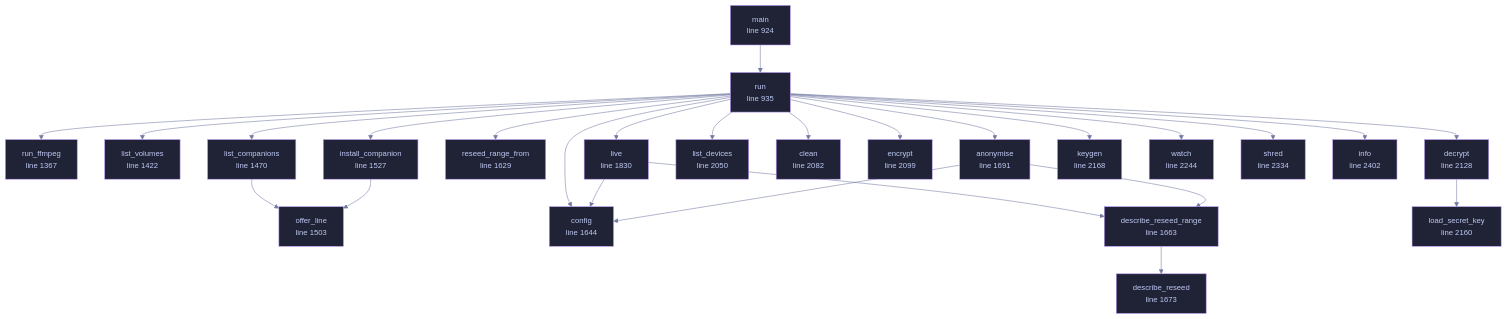
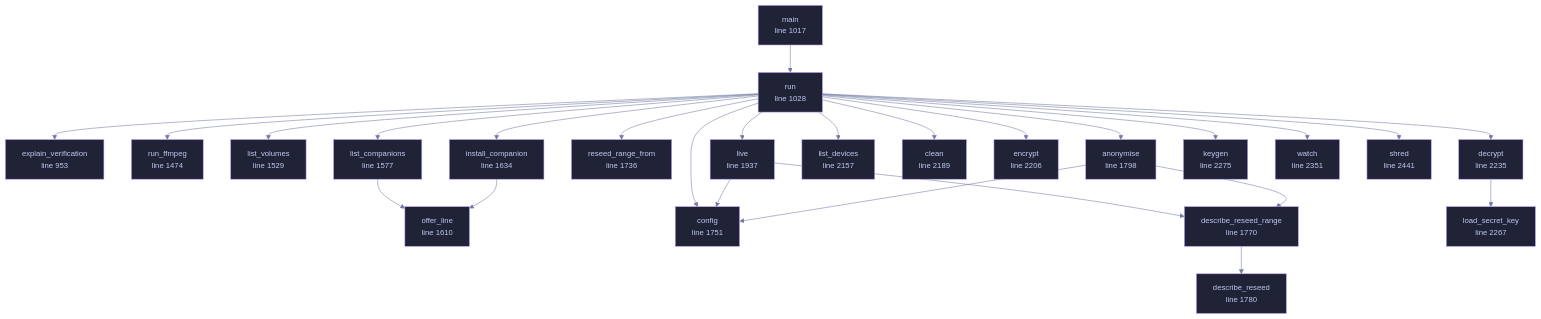
The diagram in wiki/File-veilvoice-cli-main.md (tilas01/veilvoice), drawn with Mermaid before and after one commit. The commit also changed other lines of this file and 94 other files, not shown here.

````diff
--- a/wiki/File-veilvoice-cli-main.md
+++ b/wiki/File-veilvoice-cli-main.md
@@ -117,75 +117,75 @@
 ```mermaid
 %%{init: {"theme":"base","themeVariables":{"background":"#1a1b26","primaryColor":"#1f2335","primaryTextColor":"#c0caf5","primaryBorderColor":"#7aa2f7","secondaryColor":"#16161e","tertiaryColor":"#16161e","lineColor":"#737aa2","textColor":"#c0caf5","mainBkg":"#1f2335","nodeBorder":"#7aa2f7","clusterBkg":"#16161e","clusterBorder":"#2f3549","fontFamily":"ui-monospace, SFMono-Regular, Consolas, monospace","fontSize":"14px"}}}%%
 flowchart TD
-    n_main["main<br/>line 924"]
-    n_run["run<br/>line 935"]
-    n_run_ffmpeg["run_ffmpeg<br/>line 1367"]
-    n_list_volumes["list_volumes<br/>line 1422"]
-    n_list_companions["list_companions<br/>line 1470"]
-    n_offer_line["offer_line<br/>line 1503"]
-    n_install_companion["install_companion<br/>line 1527"]
-    n_reseed_range_from["reseed_range_from<br/>line 1629"]
-    n_config["config<br/>line 1644"]
-    n_describe_reseed_range["describe_reseed_range<br/>line 1663"]
-    n_describe_reseed["describe_reseed<br/>line 1673"]
-    n_anonymise["anonymise<br/>line 1691"]
-    n_live["live<br/>line 1830"]
-    n_list_devices["list_devices<br/>line 2050"]
-    n_clean["clean<br/>line 2082"]
-    n_encrypt["encrypt<br/>line 2099"]
-    n_decrypt["decrypt<br/>line 2128"]
-    n_load_secret_key["load_secret_key<br/>line 2160"]
-    n_keygen["keygen<br/>line 2168"]
-    n_watch["watch<br/>line 2244"]
-    n_shred["shred<br/>line 2334"]
-    n_info["info<br/>line 2402"]
+    n_explain_verification["explain_verification<br/>line 953"]
+    n_main["main<br/>line 1017"]
+    n_run["run<br/>line 1028"]
+    n_run_ffmpeg["run_ffmpeg<br/>line 1474"]
+    n_list_volumes["list_volumes<br/>line 1529"]
+    n_list_companions["list_companions<br/>line 1577"]
+    n_offer_line["offer_line<br/>line 1610"]
+    n_install_companion["install_companion<br/>line 1634"]
+    n_reseed_range_from["reseed_range_from<br/>line 1736"]
+    n_config["config<br/>line 1751"]
+    n_describe_reseed_range["describe_reseed_range<br/>line 1770"]
+    n_describe_reseed["describe_reseed<br/>line 1780"]
+    n_anonymise["anonymise<br/>line 1798"]
+    n_live["live<br/>line 1937"]
+    n_list_devices["list_devices<br/>line 2157"]
+    n_clean["clean<br/>line 2189"]
+    n_encrypt["encrypt<br/>line 2206"]
+    n_decrypt["decrypt<br/>line 2235"]
+    n_load_secret_key["load_secret_key<br/>line 2267"]
+    n_keygen["keygen<br/>line 2275"]
+    n_watch["watch<br/>line 2351"]
+    n_shred["shred<br/>line 2441"]
     n_anonymise --> n_config
     n_anonymise --> n_describe_reseed_range
     n_decrypt --> n_load_secret_key
     n_describe_reseed_range --> n_describe_reseed
     n_install_companion --> n_offer_line
     n_list_companions --> n_offer_line
     n_live --> n_config
     n_live --> n_describe_reseed_range
     n_main --> n_run
     n_run --> n_anonymise
     n_run --> n_clean
     n_run --> n_config
     n_run --> n_decrypt
     n_run --> n_encrypt
-    n_run --> n_info
+    n_run --> n_explain_verification
     n_run --> n_install_companion
     n_run --> n_keygen
     n_run --> n_list_companions
     n_run --> n_list_devices
     n_run --> n_list_volumes
     n_run --> n_live
     n_run --> n_reseed_range_from
     n_run --> n_run_ffmpeg
     n_run --> n_shred
     n_run --> n_watch
-    click n_main href "https://github.com/tilas01/veilvoice/blob/main/crates/veilvoice-cli/src/main.rs#L924" "open the source"
-    click n_run href "https://github.com/tilas01/veilvoice/blob/main/crates/veilvoice-cli/src/main.rs#L935" "open the source"
-    click n_run_ffmpeg href "https://github.com/tilas01/veilvoice/blob/main/crates/veilvoice-cli/src/main.rs#L1367" "open the source"
-    click n_list_volumes href "https://github.com/tilas01/veilvoice/blob/main/crates/veilvoice-cli/src/main.rs#L1422" "open the source"
-    click n_list_companions href "https://github.com/tilas01/veilvoice/blob/main/crates/veilvoice-cli/src/main.rs#L1470" "open the source"
-    click n_offer_line href "https://github.com/tilas01/veilvoice/blob/main/crates/veilvoice-cli/src/main.rs#L1503" "open the source"
-    click n_install_companion href "https://github.com/tilas01/veilvoice/blob/main/crates/veilvoice-cli/src/main.rs#L1527" "open the source"
-    click n_reseed_range_from href "https://github.com/tilas01/veilvoice/blob/main/crates/veilvoice-cli/src/main.rs#L1629" "open the source"
-    click n_config href "https://github.com/tilas01/veilvoice/blob/main/crates/veilvoice-cli/src/main.rs#L1644" "open the source"
-    click n_describe_reseed_range href "https://github.com/tilas01/veilvoice/blob/main/crates/veilvoice-cli/src/main.rs#L1663" "open the source"
-    click n_describe_reseed href "https://github.com/tilas01/veilvoice/blob/main/crates/veilvoice-cli/src/main.rs#L1673" "open the source"
-    click n_anonymise href "https://github.com/tilas01/veilvoice/blob/main/crates/veilvoice-cli/src/main.rs#L1691" "open the source"
-    click n_live href "https://github.com/tilas01/veilvoice/blob/main/crates/veilvoice-cli/src/main.rs#L1830" "open the source"
-    click n_list_devices href "https://github.com/tilas01/veilvoice/blob/main/crates/veilvoice-cli/src/main.rs#L2050" "open the source"
-    click n_clean href "https://github.com/tilas01/veilvoice/blob/main/crates/veilvoice-cli/src/main.rs#L2082" "open the source"
-    click n_encrypt href "https://github.com/tilas01/veilvoice/blob/main/crates/veilvoice-cli/src/main.rs#L2099" "open the source"
-    click n_decrypt href "https://github.com/tilas01/veilvoice/blob/main/crates/veilvoice-cli/src/main.rs#L2128" "open the source"
-    click n_load_secret_key href "https://github.com/tilas01/veilvoice/blob/main/crates/veilvoice-cli/src/main.rs#L2160" "open the source"
-    click n_keygen href "https://github.com/tilas01/veilvoice/blob/main/crates/veilvoice-cli/src/main.rs#L2168" "open the source"
-    click n_watch href "https://github.com/tilas01/veilvoice/blob/main/crates/veilvoice-cli/src/main.rs#L2244" "open the source"
-    click n_shred href "https://github.com/tilas01/veilvoice/blob/main/crates/veilvoice-cli/src/main.rs#L2334" "open the source"
-    click n_info href "https://github.com/tilas01/veilvoice/blob/main/crates/veilvoice-cli/src/main.rs#L2402" "open the source"
+    click n_explain_verification href "https://github.com/tilas01/veilvoice/blob/main/crates/veilvoice-cli/src/main.rs#L953" "open the source"
+    click n_main href "https://github.com/tilas01/veilvoice/blob/main/crates/veilvoice-cli/src/main.rs#L1017" "open the source"
+    click n_run href "https://github.com/tilas01/veilvoice/blob/main/crates/veilvoice-cli/src/main.rs#L1028" "open the source"
+    click n_run_ffmpeg href "https://github.com/tilas01/veilvoice/blob/main/crates/veilvoice-cli/src/main.rs#L1474" "open the source"
+    click n_list_volumes href "https://github.com/tilas01/veilvoice/blob/main/crates/veilvoice-cli/src/main.rs#L1529" "open the source"
+    click n_list_companions href "https://github.com/tilas01/veilvoice/blob/main/crates/veilvoice-cli/src/main.rs#L1577" "open the source"
+    click n_offer_line href "https://github.com/tilas01/veilvoice/blob/main/crates/veilvoice-cli/src/main.rs#L1610" "open the source"
+    click n_install_companion href "https://github.com/tilas01/veilvoice/blob/main/crates/veilvoice-cli/src/main.rs#L1634" "open the source"
+    click n_reseed_range_from href "https://github.com/tilas01/veilvoice/blob/main/crates/veilvoice-cli/src/main.rs#L1736" "open the source"
+    click n_config href "https://github.com/tilas01/veilvoice/blob/main/crates/veilvoice-cli/src/main.rs#L1751" "open the source"
+    click n_describe_reseed_range href "https://github.com/tilas01/veilvoice/blob/main/crates/veilvoice-cli/src/main.rs#L1770" "open the source"
+    click n_describe_reseed href "https://github.com/tilas01/veilvoice/blob/main/crates/veilvoice-cli/src/main.rs#L1780" "open the source"
+    click n_anonymise href "https://github.com/tilas01/veilvoice/blob/main/crates/veilvoice-cli/src/main.rs#L1798" "open the source"
+    click n_live href "https://github.com/tilas01/veilvoice/blob/main/crates/veilvoice-cli/src/main.rs#L1937" "open the source"
+    click n_list_devices href "https://github.com/tilas01/veilvoice/blob/main/crates/veilvoice-cli/src/main.rs#L2157" "open the source"
+    click n_clean href "https://github.com/tilas01/veilvoice/blob/main/crates/veilvoice-cli/src/main.rs#L2189" "open the source"
+    click n_encrypt href "https://github.com/tilas01/veilvoice/blob/main/crates/veilvoice-cli/src/main.rs#L2206" "open the source"
+    click n_decrypt href "https://github.com/tilas01/veilvoice/blob/main/crates/veilvoice-cli/src/main.rs#L2235" "open the source"
+    click n_load_secret_key href "https://github.com/tilas01/veilvoice/blob/main/crates/veilvoice-cli/src/main.rs#L2267" "open the source"
+    click n_keygen href "https://github.com/tilas01/veilvoice/blob/main/crates/veilvoice-cli/src/main.rs#L2275" "open the source"
+    click n_watch href "https://github.com/tilas01/veilvoice/blob/main/crates/veilvoice-cli/src/main.rs#L2351" "open the source"
+    click n_shred href "https://github.com/tilas01/veilvoice/blob/main/crates/veilvoice-cli/src/main.rs#L2441" "open the source"
     classDef helper fill:#1f2335,stroke:#bb9af7,color:#c0caf5
-    class n_main,n_run,n_run_ffmpeg,n_list_volumes,n_list_companions,n_offer_line,n_install_companion,n_reseed_range_from,n_config,n_describe_reseed_range,n_describe_reseed,n_anonymise,n_live,n_list_devices,n_clean,n_encrypt,n_decrypt,n_load_secret_key,n_keygen,n_watch,n_shred,n_info helper
+    class n_explain_verification,n_main,n_run,n_run_ffmpeg,n_list_volumes,n_list_companions,n_offer_line,n_install_companion,n_reseed_range_from,n_config,n_describe_reseed_range,n_describe_reseed,n_anonymise,n_live,n_list_devices,n_clean,n_encrypt,n_decrypt,n_load_secret_key,n_keygen,n_watch,n_shred helper
 ```
````
